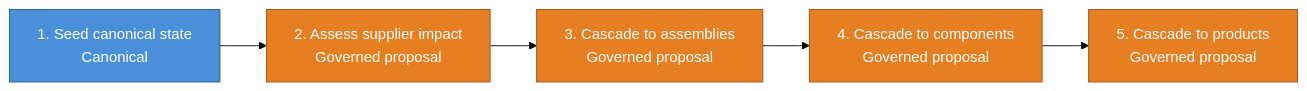
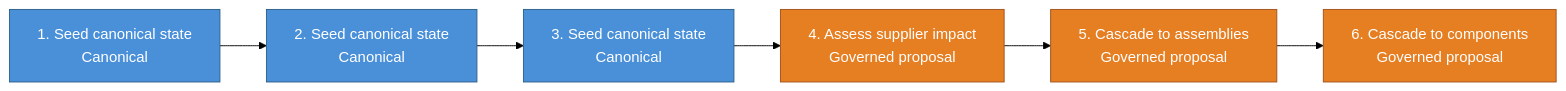
The second of 3 diagrams in kits/supply-chain-blast-radius/README.md (cruxible-ai/cruxible), drawn with Mermaid (forest theme) before and after one commit. The commit also changed other lines of this file and 10 other files, not shown here.

````diff
--- a/kits/supply-chain-blast-radius/README.md
+++ b/kits/supply-chain-blast-radius/README.md
@@ -72,17 +83,19 @@
 ```mermaid
 flowchart LR
   classDef canonicalWorkflow fill:#4a90d9,stroke:#2c5f8a,color:#fff
   classDef governedWorkflow fill:#e67e22,stroke:#a0521c,color:#fff
 
   workflow_pipeline_build_seed_state["1. Seed canonical state<br/>Canonical"]
-  workflow_pipeline_propose_incident_impacts_supplier["2. Assess supplier impact<br/>Governed proposal"]
-  workflow_pipeline_propose_incident_impacts_assembly["3. Cascade to assemblies<br/>Governed proposal"]
-  workflow_pipeline_propose_incident_impacts_component["4. Cascade to components<br/>Governed proposal"]
-  workflow_pipeline_propose_incident_impacts_product["5. Cascade to products<br/>Governed proposal"]
-  workflow_pipeline_build_seed_state --> workflow_pipeline_propose_incident_impacts_supplier
+  workflow_pipeline_sync_inventory_positions["2. Seed canonical state<br/>Canonical"]
+  workflow_pipeline_sync_product_buffer_assessments["3. Seed canonical state<br/>Canonical"]
+  workflow_pipeline_propose_incident_impacts_supplier["4. Assess supplier impact<br/>Governed proposal"]
+  workflow_pipeline_propose_incident_impacts_assembly["5. Cascade to assemblies<br/>Governed proposal"]
+  workflow_pipeline_propose_incident_impacts_component["6. Cascade to components<br/>Governed proposal"]
+  workflow_pipeline_build_seed_state --> workflow_pipeline_sync_inventory_positions
+  workflow_pipeline_sync_inventory_positions --> workflow_pipeline_sync_product_buffer_assessments
+  workflow_pipeline_sync_product_buffer_assessments --> workflow_pipeline_propose_incident_impacts_supplier
   workflow_pipeline_propose_incident_impacts_supplier --> workflow_pipeline_propose_incident_impacts_assembly
   workflow_pipeline_propose_incident_impacts_assembly --> workflow_pipeline_propose_incident_impacts_component
-  workflow_pipeline_propose_incident_impacts_component --> workflow_pipeline_propose_incident_impacts_product
-  class workflow_pipeline_build_seed_state canonicalWorkflow
-  class workflow_pipeline_propose_incident_impacts_supplier,workflow_pipeline_propose_incident_impacts_assembly,workflow_pipeline_propose_incident_impacts_component,workflow_pipeline_propose_incident_impacts_product governedWorkflow
+  class workflow_pipeline_build_seed_state,workflow_pipeline_sync_inventory_positions,workflow_pipeline_sync_product_buffer_assessments canonicalWorkflow
+  class workflow_pipeline_propose_incident_impacts_supplier,workflow_pipeline_propose_incident_impacts_assembly,workflow_pipeline_propose_incident_impacts_component governedWorkflow
 ```
````
